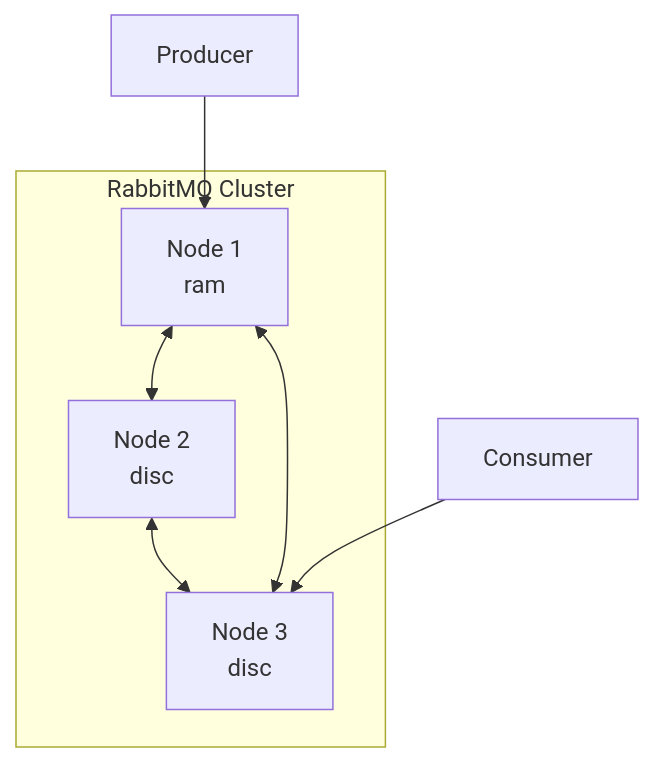
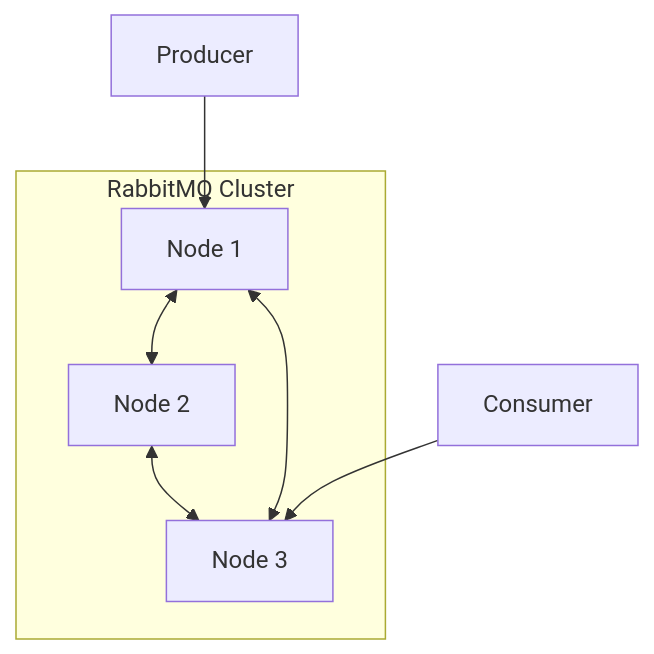
Before and after one commit to akeverus/cheat-sheet: the tenth of 12 diagrams in cheatsheets/interview/messaging/rabbitmq-interview.md, drawn with Mermaid. The commit also changed other lines of this file and 154 other files, not shown here.

````diff
--- a/cheatsheets/interview/messaging/rabbitmq-interview.md
+++ b/cheatsheets/interview/messaging/rabbitmq-interview.md
@@ -705,13 +710,13 @@
 ```mermaid
 graph TD
     subgraph "RabbitMQ Cluster"
-        N1[Node 1\nram]
-        N2[Node 2\ndisc]
-        N3[Node 3\ndisc]
+        N1[Node 1]
+        N2[Node 2]
+        N3[Node 3]
         N1 <--> N2
         N2 <--> N3
         N1 <--> N3
     end
     P[Producer] --> N1
     C[Consumer] --> N3
 ```
````
